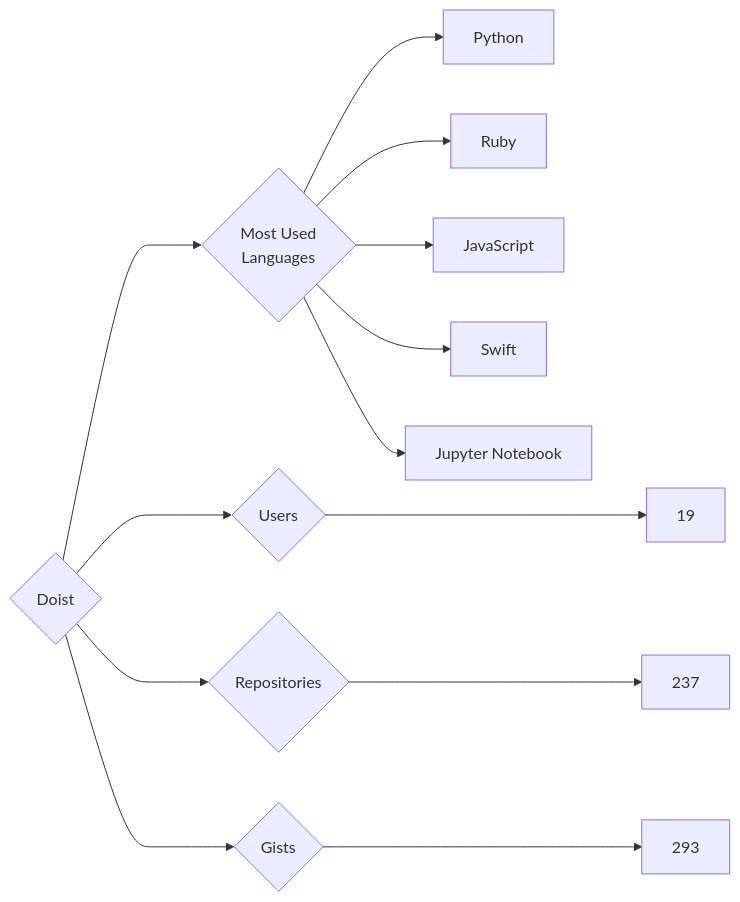
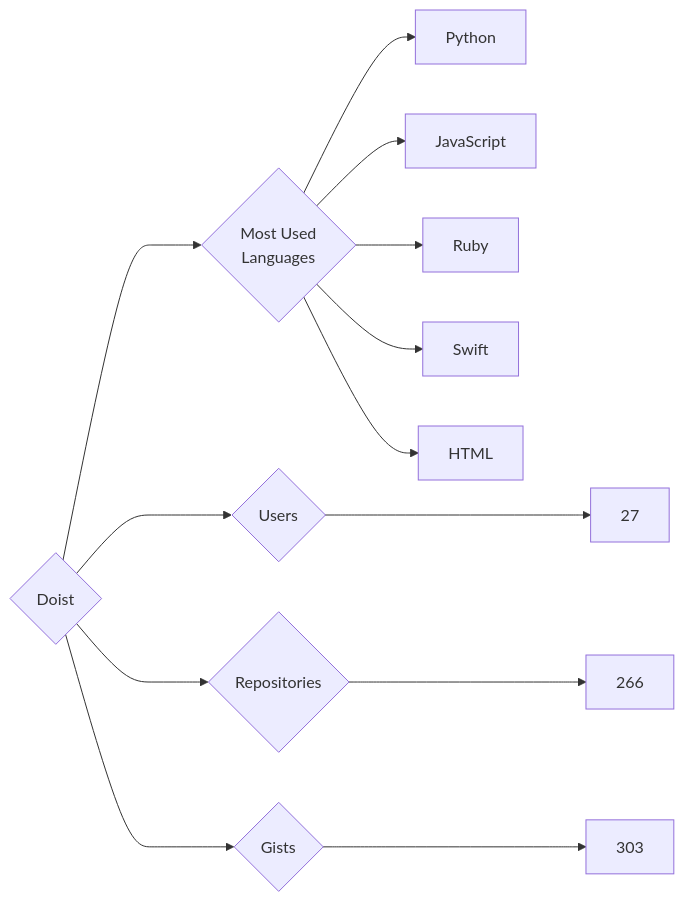
The diagram in targets/Doist/README.md (trickest/insiders), drawn with Mermaid before and after one commit. The commit also changed 782 other files, not shown here.

````diff
--- a/targets/Doist/README.md
+++ b/targets/Doist/README.md
@@ -3,13 +3,13 @@
 ```mermaid
 graph LR
 COMPANY_NAME{Doist}
-COMPANY_NAME ---> U{Users} ---> UN[19]
-COMPANY_NAME ---> R{Repositories} ---> RN[237]
-COMPANY_NAME ---> G{Gists} ---> GN[293]
+COMPANY_NAME ---> U{Users} ---> UN[27]
+COMPANY_NAME ---> R{Repositories} ---> RN[266]
+COMPANY_NAME ---> G{Gists} ---> GN[303]
 COMPANY_NAME ---> ML{Most Used<br>Languages}
 ML --> Python[Python]
+ML --> JavaScript[JavaScript]
 ML --> Ruby[Ruby]
-ML --> JavaScript[JavaScript]
 ML --> Swift[Swift]
-ML --> Jupyter_Notebook[Jupyter Notebook]
+ML --> HTML[HTML]
 ```
````
